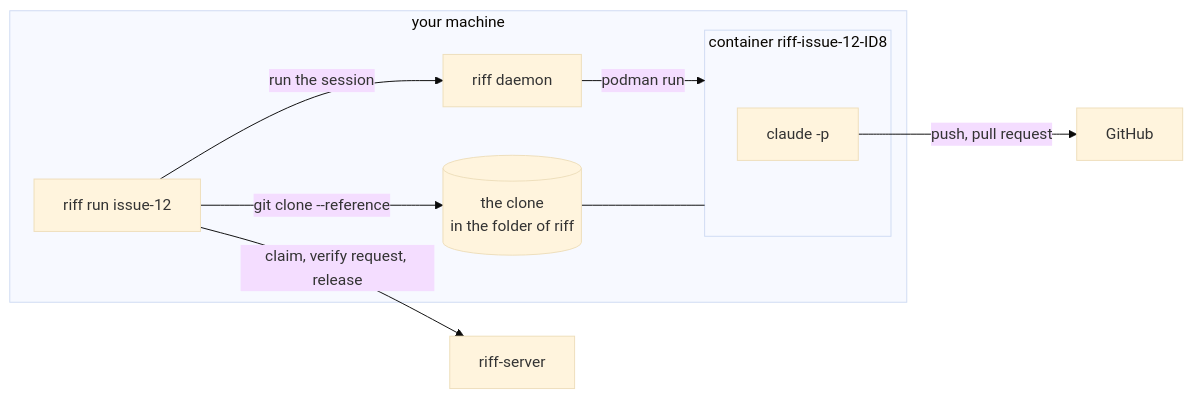
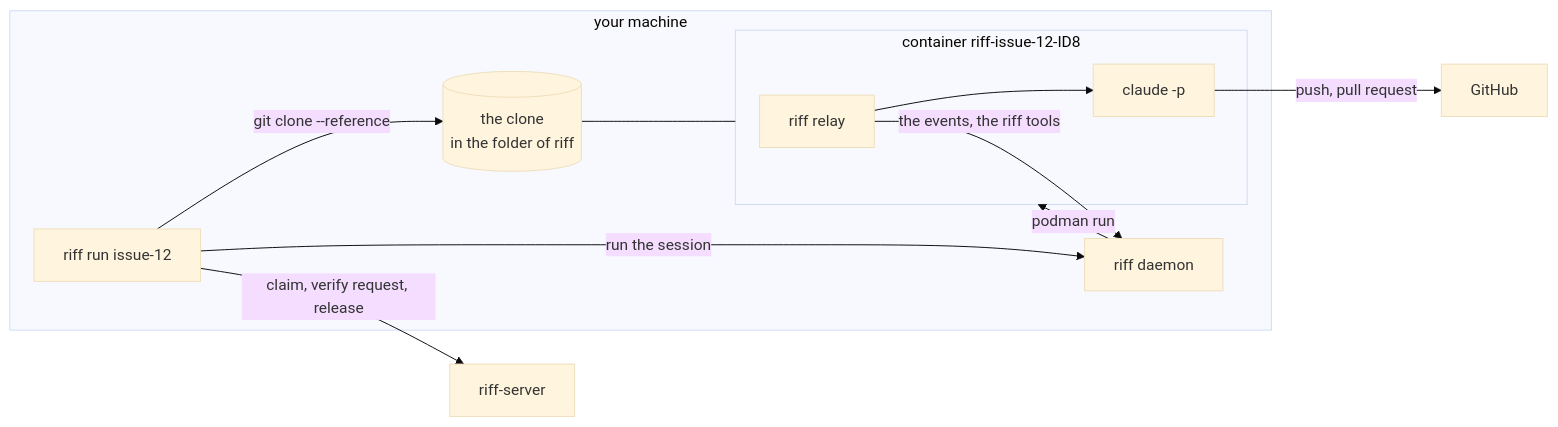
Before and after one commit to como-technologies/riff: the seventh of 23 diagrams in docs/src/development.md, drawn with Mermaid (base theme). The commit also changed other lines of this file and 7 other files, not shown here.

Commit message:
WIP: the requirements, the rustdoc and the book of riff relay

````diff
--- a/docs/src/development.md
+++ b/docs/src/development.md
@@ -412,14 +422,15 @@
 ```mermaid
 flowchart LR
     subgraph M["your machine"]
         R["riff run issue-12"] -- "git clone --reference" --> L[("the clone<br/>in the folder of riff")]
         R -- "run the session" --> D["riff daemon"]
         D -- "podman run" --> C
         subgraph C["container riff-issue-12-ID8"]
-            K["claude -p"]
+            Y["riff relay"] --> K["claude -p"]
         end
+        Y -- "the events, the riff tools" --> D
         L --- C
     end
     R -- "claim, verify request, release" --> S["riff-server"]
     K -- "push, pull request" --> G["GitHub"]
 ```
````
